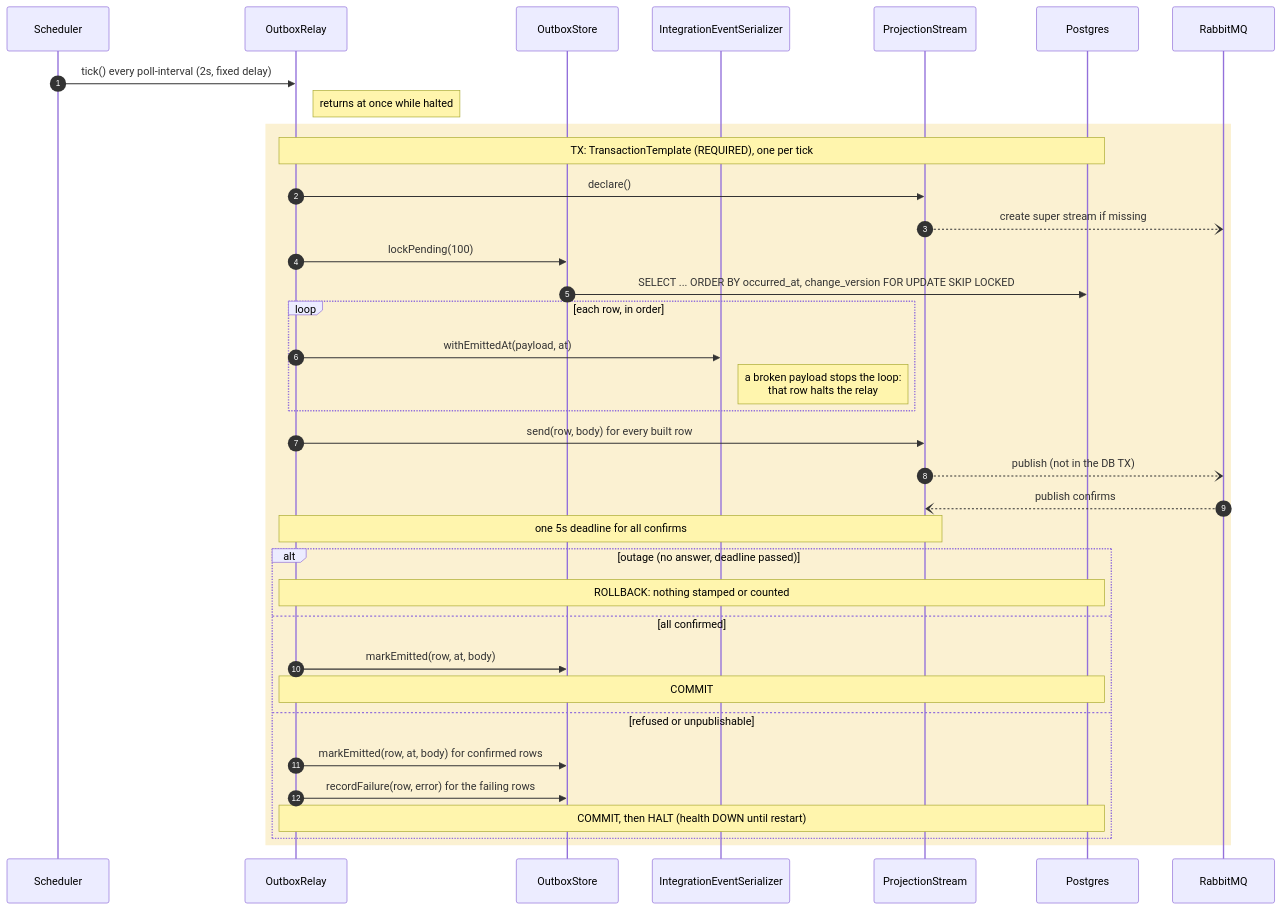
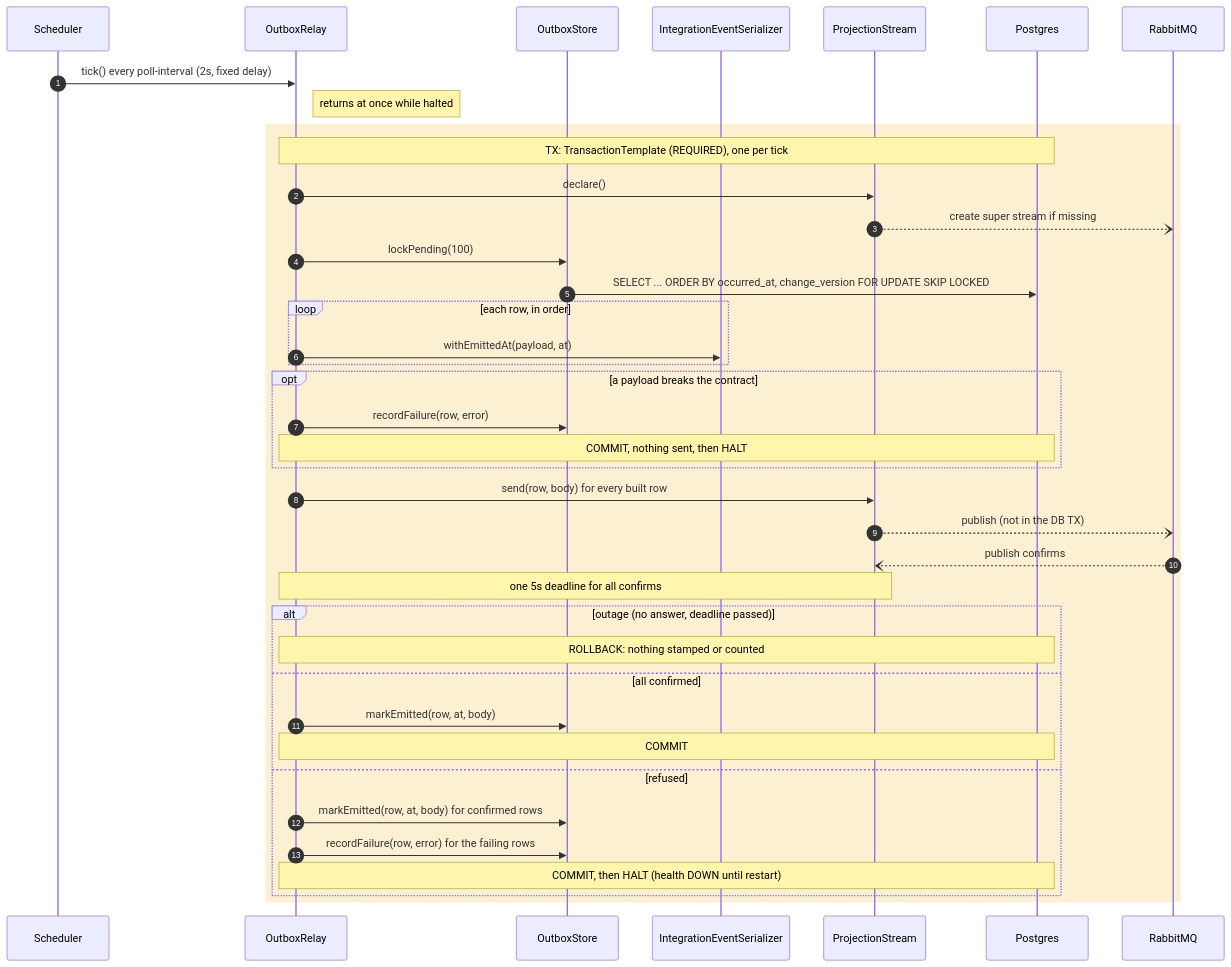
One commit to Dhiren9939/HQ-Tier0 changed the fourth of 11 diagrams in docs/access-class-diagram.md. Above: the diagram before and after it, drawn with Mermaid. The commit also changed other lines of this file and 4 other files, not shown here.

First line of the commit message:
feat(access): drop the whole batch when a row is unpublishable

````diff
--- a/docs/access-class-diagram.md
+++ b/docs/access-class-diagram.md
@@ -437,39 +438,42 @@
 ```mermaid
 sequenceDiagram
     autonumber
     participant S as Scheduler
     participant R as OutboxRelay
     participant O as OutboxStore
     participant J as IntegrationEventSerializer
     participant P as ProjectionStream
     participant DB as Postgres
     participant MQ as RabbitMQ
 
     S->>R: tick() every poll-interval (2s, fixed delay)
     Note right of R: returns at once while halted
     rect rgba(234, 179, 8, 0.18)
         Note over R,DB: TX: TransactionTemplate (REQUIRED), one per tick
         R->>P: declare()
         P--)MQ: create super stream if missing
         R->>O: lockPending(100)
         O->>DB: SELECT ... ORDER BY occurred_at, change_version FOR UPDATE SKIP LOCKED
         loop each row, in order
             R->>J: withEmittedAt(payload, at)
-            Note right of J: a broken payload stops the loop:<br/>that row halts the relay
+        end
+        opt a payload breaks the contract
+            R->>O: recordFailure(row, error)
+            Note over R,DB: COMMIT, nothing sent, then HALT
         end
         R->>P: send(row, body) for every built row
         P--)MQ: publish (not in the DB TX)
         MQ--)P: publish confirms
         Note over R,P: one 5s deadline for all confirms
         alt outage (no answer, deadline passed)
             Note over R,DB: ROLLBACK: nothing stamped or counted
         else all confirmed
             R->>O: markEmitted(row, at, body)
             Note over R,DB: COMMIT
-        else refused or unpublishable
+        else refused
             R->>O: markEmitted(row, at, body) for confirmed rows
             R->>O: recordFailure(row, error) for the failing rows
             Note over R,DB: COMMIT, then HALT (health DOWN until restart)
         end
     end
 ```
````
